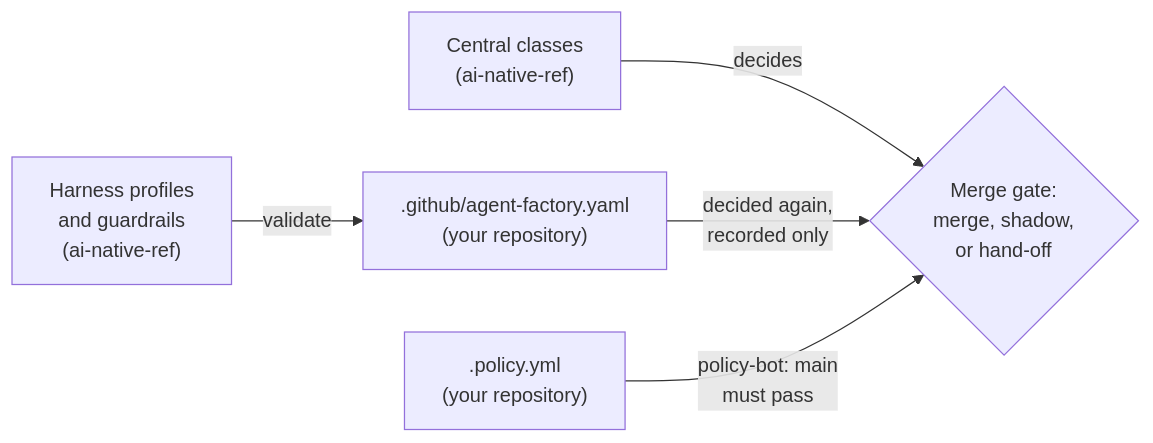
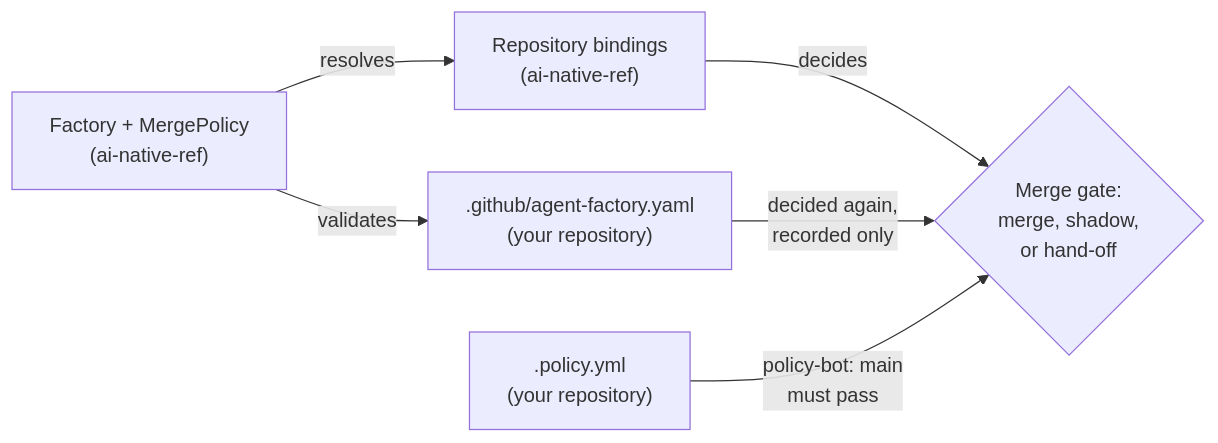
Before and after one commit to Smana/ai-native-ref: the diagram in website/content/docs/use/guide/merge-policies.md, drawn with Mermaid. The commit also changed other lines of this file and 4 other files, not shown here.

Commit message:
docs(site): merge policies as bindings, the way the pinned Maku reads them

````diff
--- a/website/content/docs/use/guide/merge-policies.md
+++ b/website/content/docs/use/guide/merge-policies.md
@@ -54,7 +64,8 @@
 ```mermaid
 flowchart LR
-  hp["Harness profiles<br/>and guardrails<br/>(ai-native-ref)"] -->|"validate"| file
-  cls["Central classes<br/>(ai-native-ref)"] -->|"decides"| gate{"Merge gate:<br/>merge, shadow,<br/>or hand-off"}
-  file[".github/agent-factory.yaml<br/>(your repository)"] -->|"decided again,<br/>recorded only"| gate
+  hp["Factory + MergePolicy<br/>(ai-native-ref)"] -->|"resolves"| repo["Repository bindings<br/>(ai-native-ref)"]
+  hp -->|"validates"| file[".github/agent-factory.yaml<br/>(your repository)"]
+  repo -->|"decides"| gate{"Merge gate:<br/>merge, shadow,<br/>or hand-off"}
+  file -->|"decided again,<br/>recorded only"| gate
   pb[".policy.yml<br/>(your repository)"] -->|"policy-bot: main<br/>must pass"| gate
 ```
````
